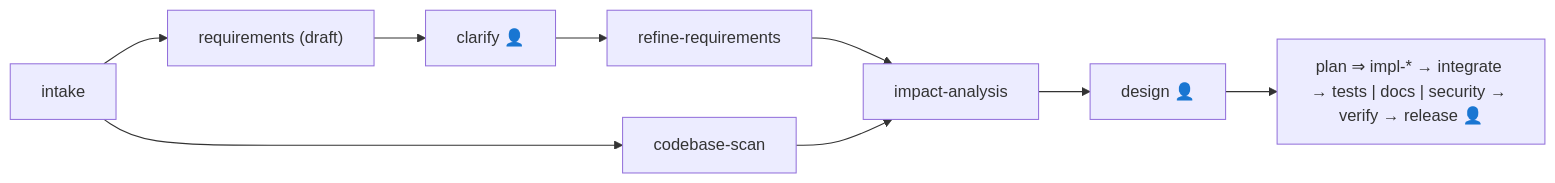
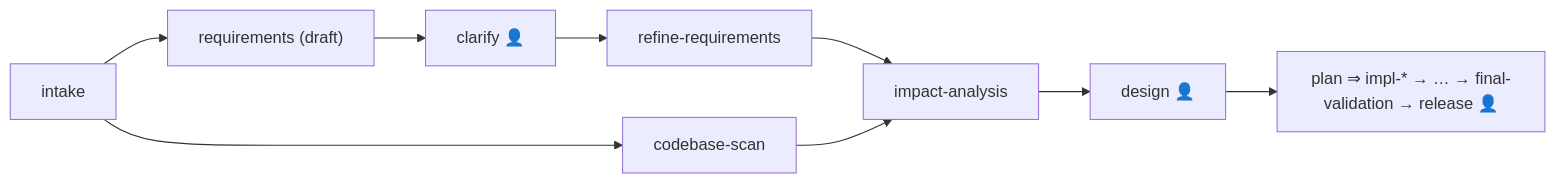
The diagram in docs/scenarios/ambiguous.md (Marisha-Sahay/agentic-sdlc-orchestrator), drawn with Mermaid before and after one commit. The commit also changed other lines of this file and 177 other files, not shown here.

````diff
--- a/docs/scenarios/ambiguous.md
+++ b/docs/scenarios/ambiguous.md
@@ -17,11 +15,8 @@
 ```mermaid
 flowchart LR
-  intake --> requirements["requirements (draft)"]
-  requirements --> clarify["clarify 👤"]
-  clarify --> refine[refine-requirements]
+  intake --> requirements["requirements (draft)"] --> clarify["clarify 👤"] --> refine[refine-requirements]
   intake --> codebase-scan
   refine --> impact-analysis
   codebase-scan --> impact-analysis
-  impact-analysis --> design["design 👤"]
-  design --> rest["plan ⇒ impl-* → integrate → tests | docs | security → verify → release 👤"]
+  impact-analysis --> design["design 👤"] --> rest["plan ⇒ impl-* → … → final-validation → release 👤"]
 ```
````
